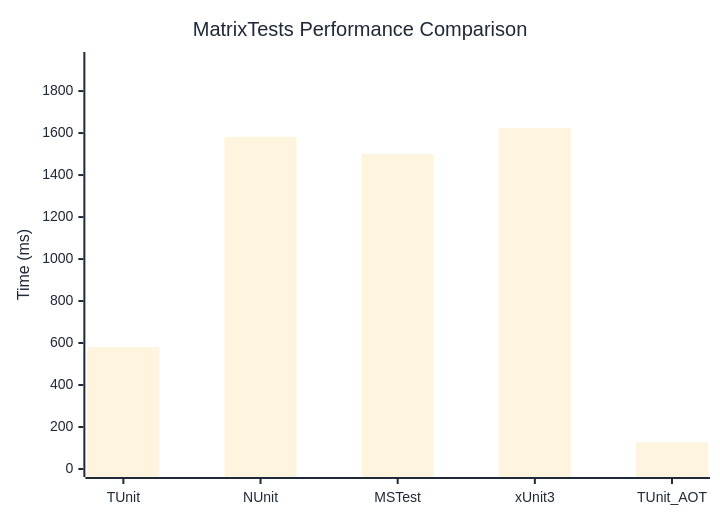
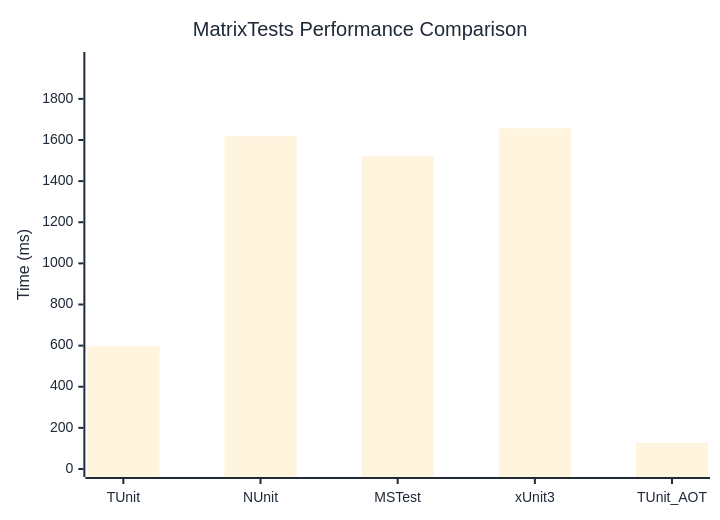
One commit to thomhurst/TUnit changed the diagram in docs/docs/benchmarks/MatrixTests.md. Above: the diagram before and after it, drawn with Mermaid. The commit also changed other lines of this file and 17 other files, not shown here.

````diff
--- a/docs/docs/benchmarks/MatrixTests.md
+++ b/docs/docs/benchmarks/MatrixTests.md
@@ -27,37 +27,37 @@
 ```mermaid
 %%{init: {
   'theme':'base',
   'themeVariables': {
     'primaryColor': '#2563eb',
     'primaryTextColor': '#1f2937',
     'primaryBorderColor': '#1e40af',
     'lineColor': '#6b7280',
     'secondaryColor': '#7c3aed',
     'tertiaryColor': '#dc2626',
     'background': '#ffffff',
     'mainBkg': '#2563eb',
     'secondBkg': '#7c3aed',
     'tertiaryBkg': '#dc2626',
     'clusterBkg': '#f3f4f6',
     'edgeLabelBackground': '#ffffff',
     'tertiaryTextColor': '#1f2937',
     'pie1': '#2563eb',
     'pie2': '#7c3aed',
     'pie3': '#dc2626',
     'pie4': '#f59e0b',
     'pie5': '#10b981',
     'pie6': '#06b6d4',
     'pie7': '#ec4899',
     'pie8': '#6366f1',
     'pie9': '#84cc16',
     'pie10': '#f97316',
     'pie11': '#14b8a6',
     'pie12': '#a855f7'
   }
 }}%%
 xychart-beta
   title "MatrixTests Performance Comparison"
   x-axis ["TUnit", "NUnit", "MSTest", "xUnit3", "TUnit_AOT"]
-  y-axis "Time (ms)" 0 --> 1948
-  bar [580.3, 1582.3, 1500.2, 1623.3, 126.7]
+  y-axis "Time (ms)" 0 --> 1989
+  bar [596.4, 1619, 1522.1, 1656.9, 127]
 ```
````
